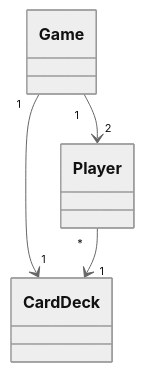
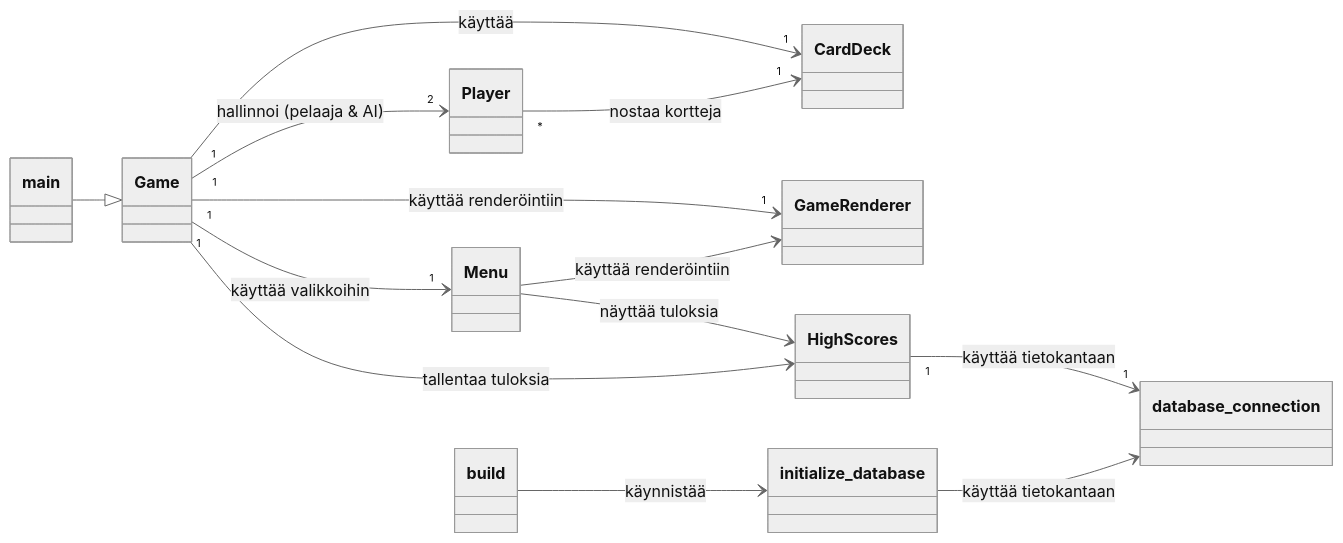
Before and after one commit to honjen/ot-harjoitustyo: the first of 2 diagrams in dokumentaatio/arkkitehtuuri.md, drawn with Mermaid (neutral theme). The commit also changed other lines of this file and 26 other files, not shown here.

````diff
--- a/dokumentaatio/arkkitehtuuri.md
+++ b/dokumentaatio/arkkitehtuuri.md
@@ -19,6 +11,16 @@
 ```mermaid
 classDiagram
-    Game "1" --> "1" CardDeck
-    Game "1" --> "2" Player
-    Player "*" --> "1" CardDeck
+    direction LR
+    main --|> Game
+    Game "1" --> "1" CardDeck : käyttää
+    Game "1" --> "2" Player : hallinnoi (pelaaja & AI)
+    Game "1" --> "1" GameRenderer : käyttää renderöintiin
+    Game "1" --> "1" Menu : käyttää valikkoihin
+    Player "*" --> "1" CardDeck : nostaa kortteja
+    Menu --> GameRenderer : käyttää renderöintiin
+    Menu --> HighScores : näyttää tuloksia
+    HighScores "1" --> "1" database_connection : käyttää tietokantaan
+    build --> initialize_database : käynnistää
+    initialize_database --> database_connection : käyttää tietokantaan
+    Game --> HighScores : tallentaa tuloksia
 ```
````
